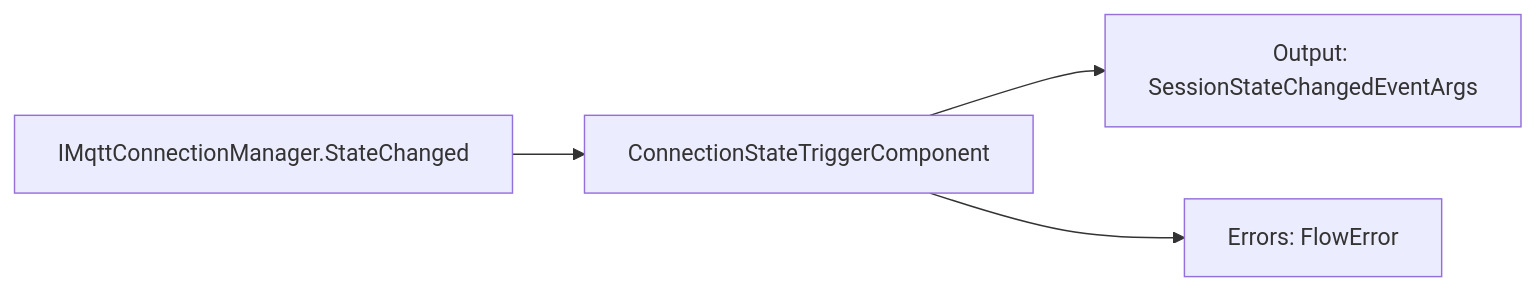
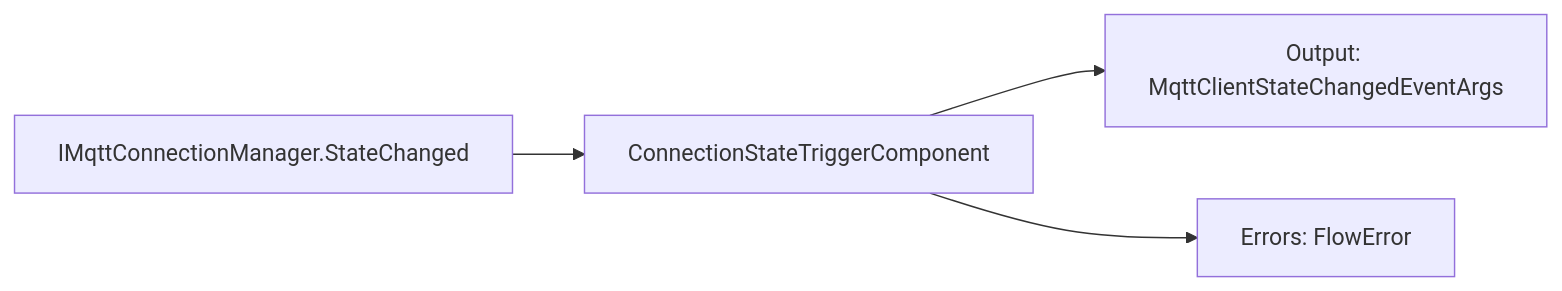
Before and after one commit to araxis/FluxMq: the second of 19 diagrams in docs/flow-components.md, drawn with Mermaid. The commit also changed other lines of this file and 56 other files, not shown here.

Commit message:
Align live MQTT client terminology

````diff
--- a/docs/flow-components.md
+++ b/docs/flow-components.md
@@ -31,6 +31,6 @@
 ```mermaid
 flowchart LR
     Manager["IMqttConnectionManager.StateChanged"] --> Trigger["ConnectionStateTriggerComponent"]
-    Trigger --> State["Output: SessionStateChangedEventArgs"]
+    Trigger --> State["Output: MqttClientStateChangedEventArgs"]
     Trigger --> Errors["Errors: FlowError"]
 ```
````
